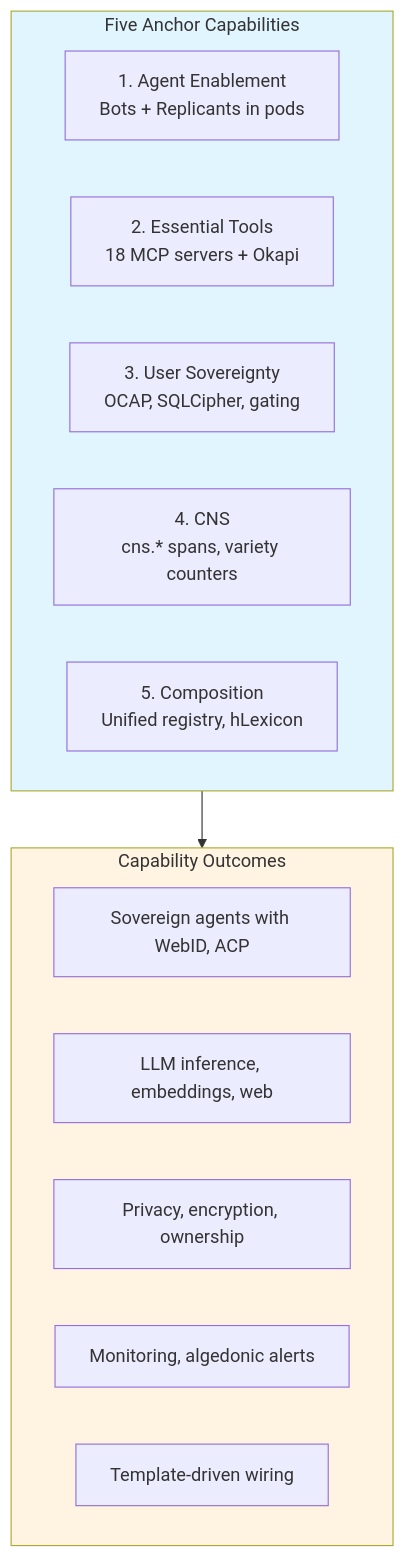
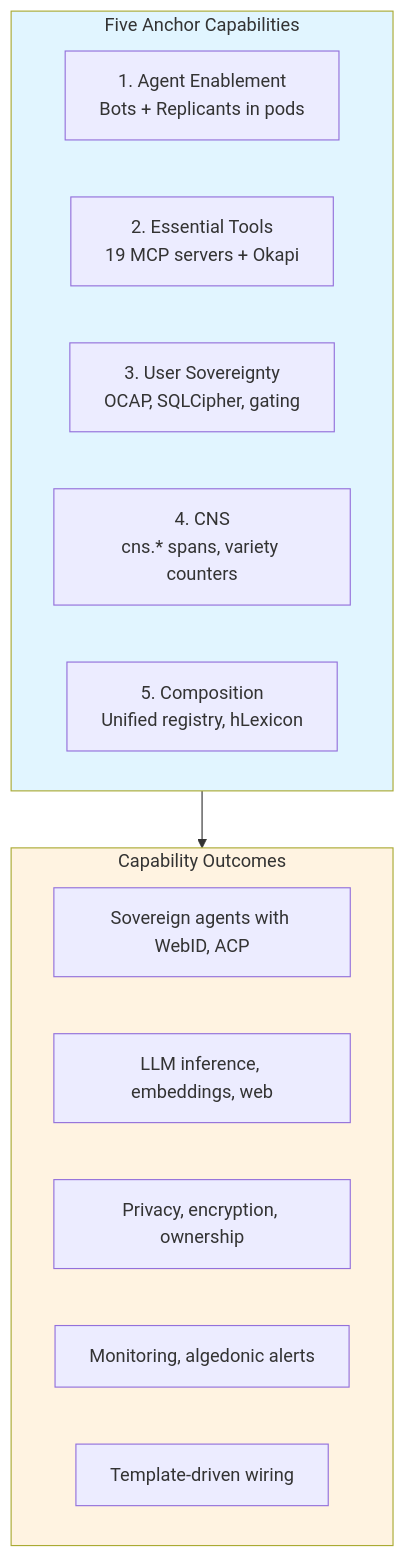
Before and after one commit to mdz-axo/hKask: the first of 2 diagrams in docs/architecture/PRINCIPLES.md, drawn with Mermaid. The commit also changed other lines of this file and 15 other files, not shown here.

````diff
--- a/docs/architecture/PRINCIPLES.md
+++ b/docs/architecture/PRINCIPLES.md
@@ -25,23 +25,23 @@
 ```mermaid
 graph TD
     subgraph Anchors[Five Anchor Capabilities]
         A1[1. Agent Enablement<br/>Bots + Replicants in pods]
-        A2[2. Essential Tools<br/>18 MCP servers + Okapi]
+        A2[2. Essential Tools<br/>19 MCP servers + Okapi]
         A3[3. User Sovereignty<br/>OCAP, SQLCipher, gating]
         A4[4. CNS<br/>cns.* spans, variety counters]
         A5[5. Composition<br/>Unified registry, hLexicon]
     end
     
     subgraph Outcomes[Capability Outcomes]
         O1[Sovereign agents with WebID, ACP]
         O2[LLM inference, embeddings, web]
         O3[Privacy, encryption, ownership]
         O4[Monitoring, algedonic alerts]
         O5[Template-driven wiring]
     end
     
     Anchors --> Outcomes
     
     style Anchors fill:#e1f5ff
     style Outcomes fill:#fff3e1
 ```
````
